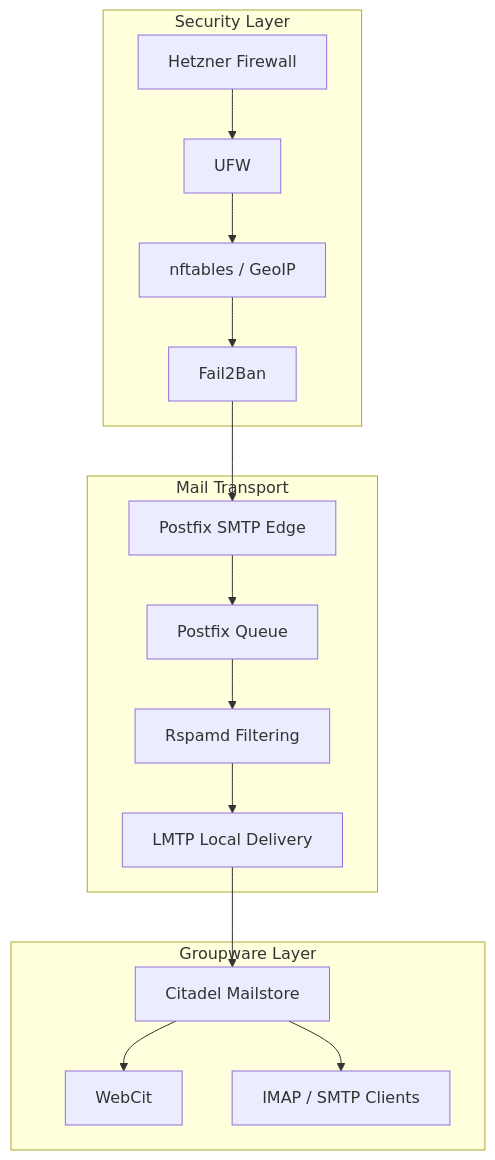
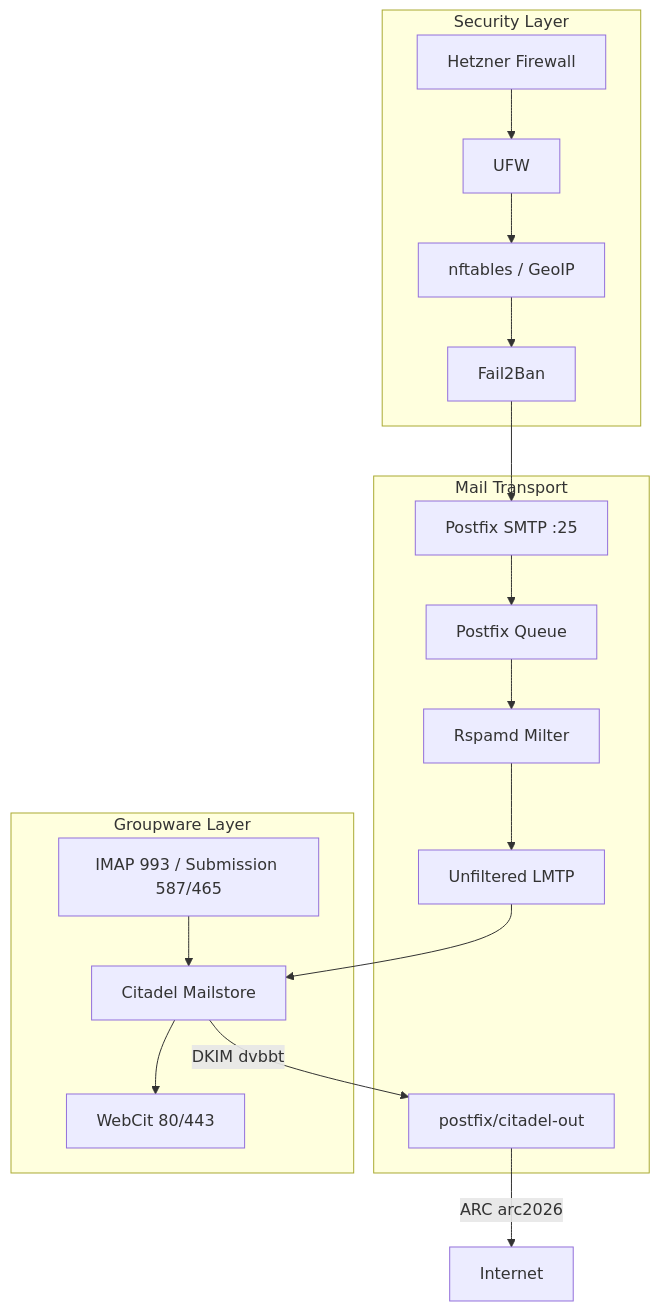
The first of 4 diagrams in diagrams/full-mail-stack.md (A2Micha/modern-citadel-mail-platform), drawn with Mermaid before and after one commit. The commit also changed other lines of this file and 15 other files, not shown here.

````diff
--- a/diagrams/full-mail-stack.md
+++ b/diagrams/full-mail-stack.md
@@ -1,29 +1,33 @@
 ```mermaid
 flowchart TD
 
 subgraph Security Layer
 A[Hetzner Firewall]
 B[UFW]
 C[nftables / GeoIP]
 D[Fail2Ban]
 end
 
 subgraph Mail Transport
-E[Postfix SMTP Edge]
+E[Postfix SMTP :25]
 F[Postfix Queue]
-G[Rspamd Filtering]
-H[LMTP Local Delivery]
+G[Rspamd Milter]
+H[Unfiltered LMTP]
+O[postfix/citadel-out]
 end
 
 subgraph Groupware Layer
 I[Citadel Mailstore]
-J[WebCit]
-K[IMAP / SMTP Clients]
+J[WebCit 80/443]
+K[IMAP 993 / Submission 587/465]
 end
 
 A --> B --> C --> D --> E
 E --> F --> G --> H --> I
 
+K --> I
+I -->|DKIM dvbbt| O
+O -->|ARC arc2026| N[Internet]
+
 I --> J
-I --> K
 ```
````
